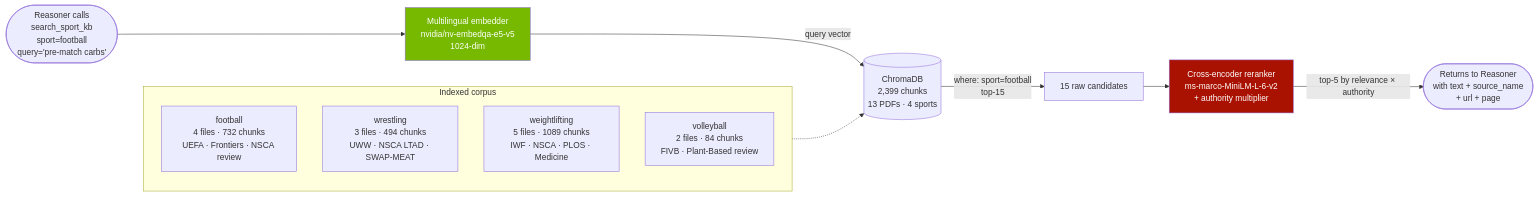
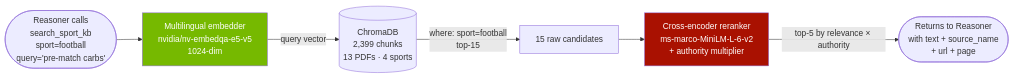
Before and after one commit to abdulhamidbatayhi123/TulparAI: the second of 3 diagrams in README.md, drawn with Mermaid. The commit also changed other lines of this file, not shown here.

````diff
--- a/README.md
+++ b/README.md
@@ -103,21 +120,13 @@
 ```mermaid
 flowchart LR
     Q([Reasoner calls<br/>search_sport_kb<br/>sport=football<br/>query='pre-match carbs']) --> EMB
     EMB[Multilingual embedder<br/>nvidia/nv-embedqa-e5-v5<br/>1024-dim] -->|query vector| CDB
     CDB[(ChromaDB<br/>2,399 chunks<br/>13 PDFs · 4 sports)]
     CDB -->|where: sport=football<br/>top-15| RAW[15 raw candidates]
     RAW --> RR
     RR[Cross-encoder reranker<br/>ms-marco-MiniLM-L-6-v2<br/>+ authority multiplier]
     RR -->|top-5 by relevance × authority| OUT([Returns to Reasoner<br/>with text + source_name<br/>+ url + page])
 
-    subgraph corpus[Indexed corpus]
-        FB[football<br/>4 files · 732 chunks<br/>UEFA · Frontiers · NSCA review]
-        WR[wrestling<br/>3 files · 494 chunks<br/>UWW · NSCA LTAD · SWAP-MEAT]
-        WL[weightlifting<br/>5 files · 1089 chunks<br/>IWF · NSCA · PLOS · Medicine]
-        VB[volleyball<br/>2 files · 84 chunks<br/>FIVB · Plant-Based review]
-    end
-    corpus -.-> CDB
-
     style RR fill:#A91101,color:#fff
     style EMB fill:#76b900,color:#fff
 ```
````
